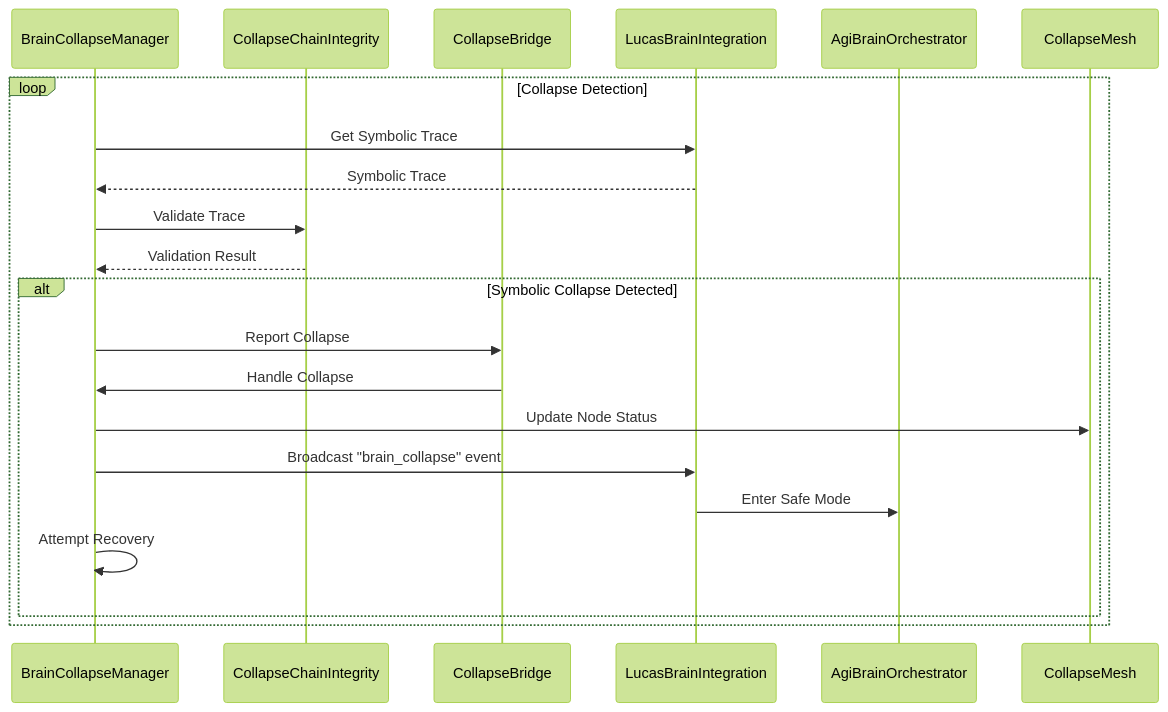
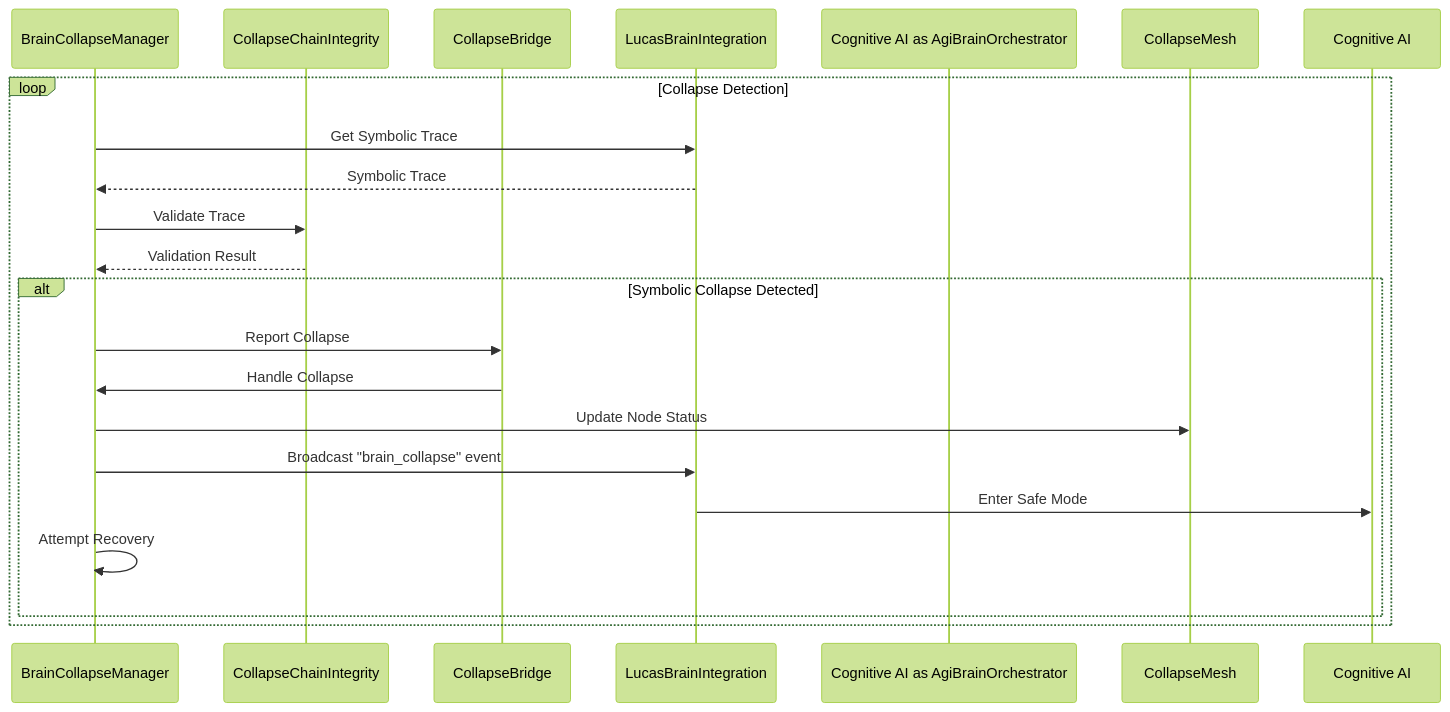
The diagram in candidate/core/orchestration/brain/README_brain_trace.md (LukhasAI/Lukhas), drawn with Mermaid (forest theme) before and after one commit. The commit also changed other lines of this file and 740 other files, not shown here.

First line of the commit message:
refactor(naming): migrate AGI references to Cognitive terminology

````diff
--- a/candidate/core/orchestration/brain/README_brain_trace.md
+++ b/candidate/core/orchestration/brain/README_brain_trace.md
@@ -36,24 +36,24 @@
 ```mermaid
 sequenceDiagram
     participant BCM as BrainCollapseManager
     participant CCI as CollapseChainIntegrity
     participant CB as CollapseBridge
     participant BI as LucasBrainIntegration
-    participant AGI as AgiBrainOrchestrator
+    participant Cognitive AI as AgiBrainOrchestrator
     participant CM as CollapseMesh
 
     loop Collapse Detection
         BCM->>BI: Get Symbolic Trace
         BI-->>BCM: Symbolic Trace
         BCM->>CCI: Validate Trace
         CCI-->>BCM: Validation Result
         alt Symbolic Collapse Detected
             BCM->>CB: Report Collapse
             CB->>BCM: Handle Collapse
             BCM->>CM: Update Node Status
             BCM->>BI: Broadcast "brain_collapse" event
-            BI->>AGI: Enter Safe Mode
+            BI->>Cognitive AI: Enter Safe Mode
             BCM->>BCM: Attempt Recovery
         end
     end
 ```
````
